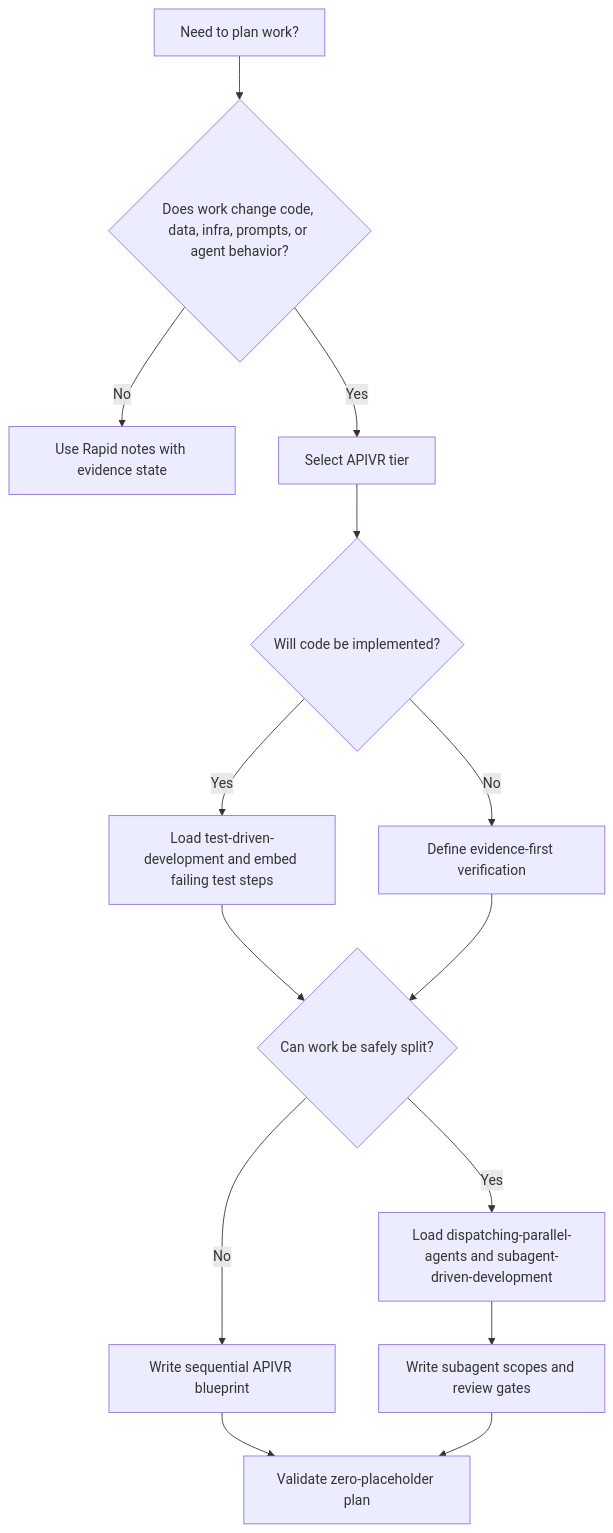
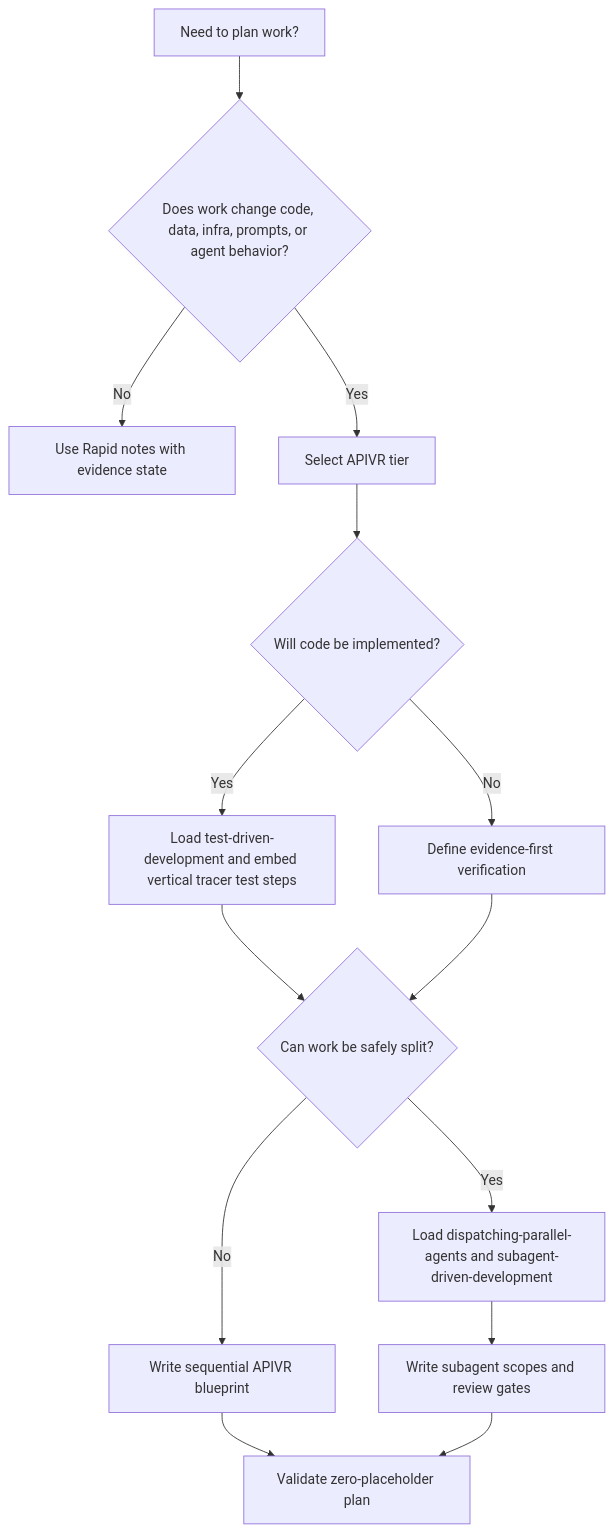
The diagram in skills/writing-plans/SKILL.md (wfprieto/wcbs-build-kit), drawn with Mermaid before and after one commit. The commit also changed other lines of this file and 71 other files, not shown here.

````diff
--- a/skills/writing-plans/SKILL.md
+++ b/skills/writing-plans/SKILL.md
@@ -36,16 +41,16 @@
 ```mermaid
 flowchart TD
   A["Need to plan work?"] --> B{"Does work change code, data, infra, prompts, or agent behavior?"}
   B -- "No" --> C["Use Rapid notes with evidence state"]
   B -- "Yes" --> D["Select APIVR tier"]
   D --> E{"Will code be implemented?"}
-  E -- "Yes" --> F["Load test-driven-development and embed failing test steps"]
+  E -- "Yes" --> F["Load test-driven-development and embed vertical tracer test steps"]
   E -- "No" --> G["Define evidence-first verification"]
   F --> H{"Can work be safely split?"}
   G --> H
   H -- "Yes" --> I["Load dispatching-parallel-agents and subagent-driven-development"]
   H -- "No" --> J["Write sequential APIVR blueprint"]
   I --> K["Write subagent scopes and review gates"]
   J --> L["Validate zero-placeholder plan"]
   K --> L
 ```
````
